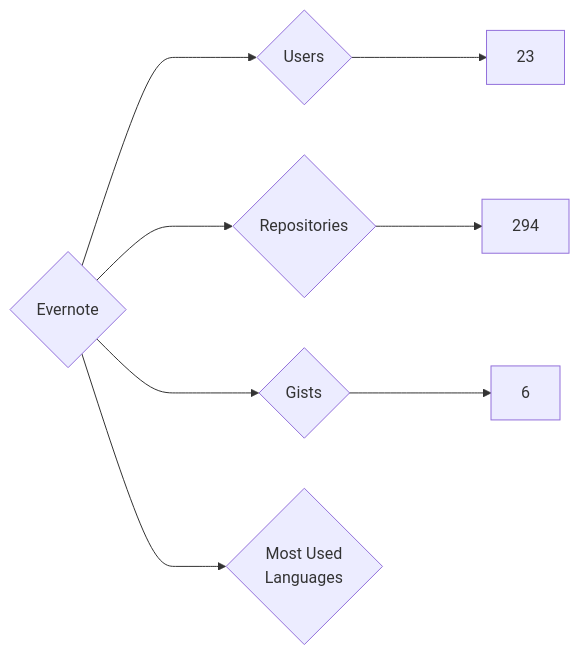
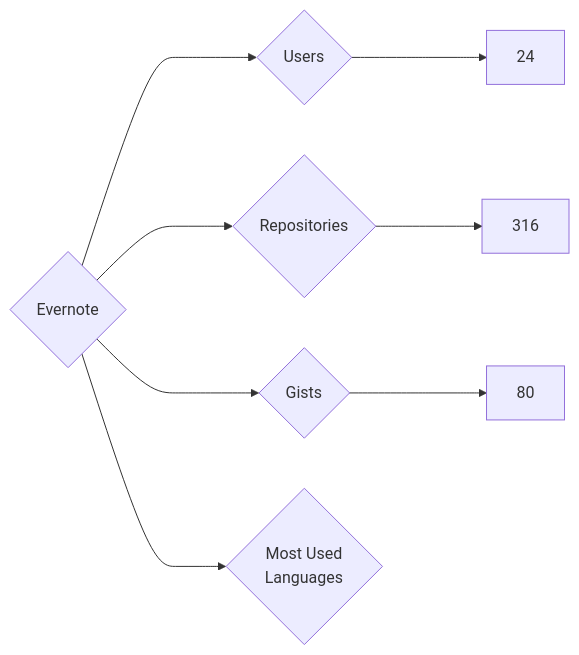
One commit to nenadzaric/insiders changed the diagram in targets/Evernote/README.md. Above: the diagram before and after it, drawn with Mermaid. The commit also changed 1342 other files, not shown here.

````diff
--- a/targets/Evernote/README.md
+++ b/targets/Evernote/README.md
@@ -3,8 +3,8 @@
 ```mermaid
 graph LR
 COMPANY_NAME{Evernote}
-COMPANY_NAME ---> U{Users} ---> UN[23]
-COMPANY_NAME ---> R{Repositories} ---> RN[294]
-COMPANY_NAME ---> G{Gists} ---> GN[6]
+COMPANY_NAME ---> U{Users} ---> UN[24]
+COMPANY_NAME ---> R{Repositories} ---> RN[316]
+COMPANY_NAME ---> G{Gists} ---> GN[80]
 COMPANY_NAME ---> ML{Most Used<br>Languages}
 ```
````
